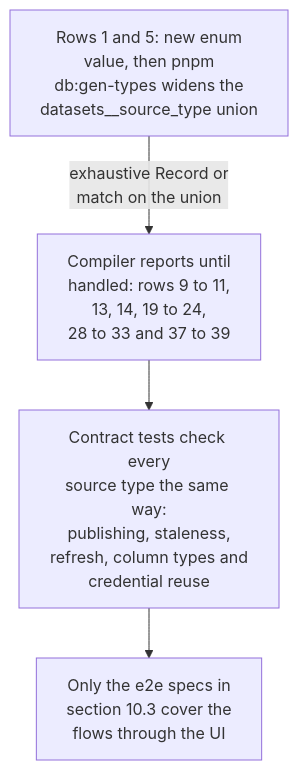
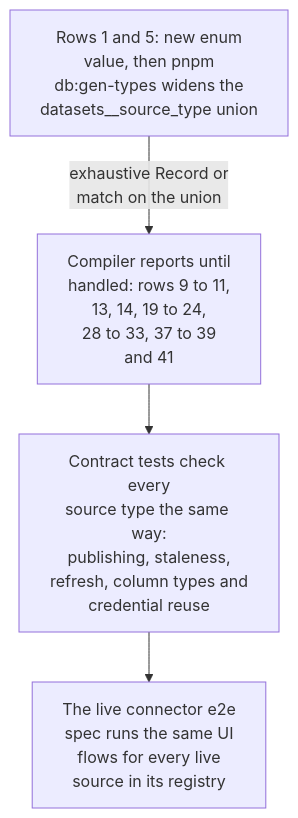
The fifth of 5 diagrams in docs/qetl-architecture.md (AvandarLabs/avandar), drawn with Mermaid before and after one commit. The commit also changed other lines of this file and 12 other files, not shown here.

First line of the commit message:
test(e2e): run every live connector through the same dashboard, publish, refresh, sharing and column-type flows

````diff
--- a/docs/qetl-architecture.md
+++ b/docs/qetl-architecture.md
@@ -491,10 +492,10 @@
 ```mermaid
 flowchart TD
   U["Rows 1 and 5: new enum<br/>value, then pnpm<br/>db:gen-types widens the<br/>datasets__source_type#nbsp;union"]
-  G["Compiler reports until<br/>handled: rows 9 to 11,<br/>13, 14, 19 to 24,<br/>28 to 33 and 37 to 39"]
+  G["Compiler reports until<br/>handled: rows 9 to 11,<br/>13, 14, 19 to 24,<br/>28 to 33, 37 to 39<br/>and 41"]
   T["Contract tests check every<br/>source type the same way:<br/>publishing, staleness,<br/>refresh, column types and<br/>credential reuse"]
-  E["Only the e2e specs in<br/>section 10.3 cover the<br/>flows through the UI"]
+  E["The live connector e2e<br/>spec runs the same UI<br/>flows for every live<br/>source in its registry"]
   U -->|"exhaustive Record or<br/>match on the union"| G
   G --> T
   T --> E
 ```
````
